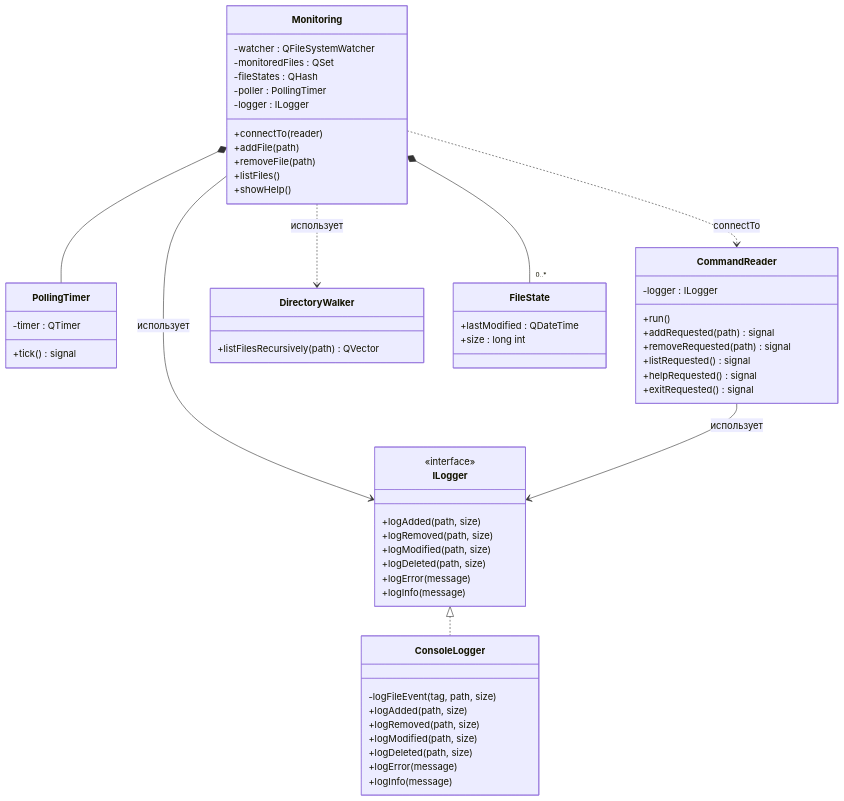
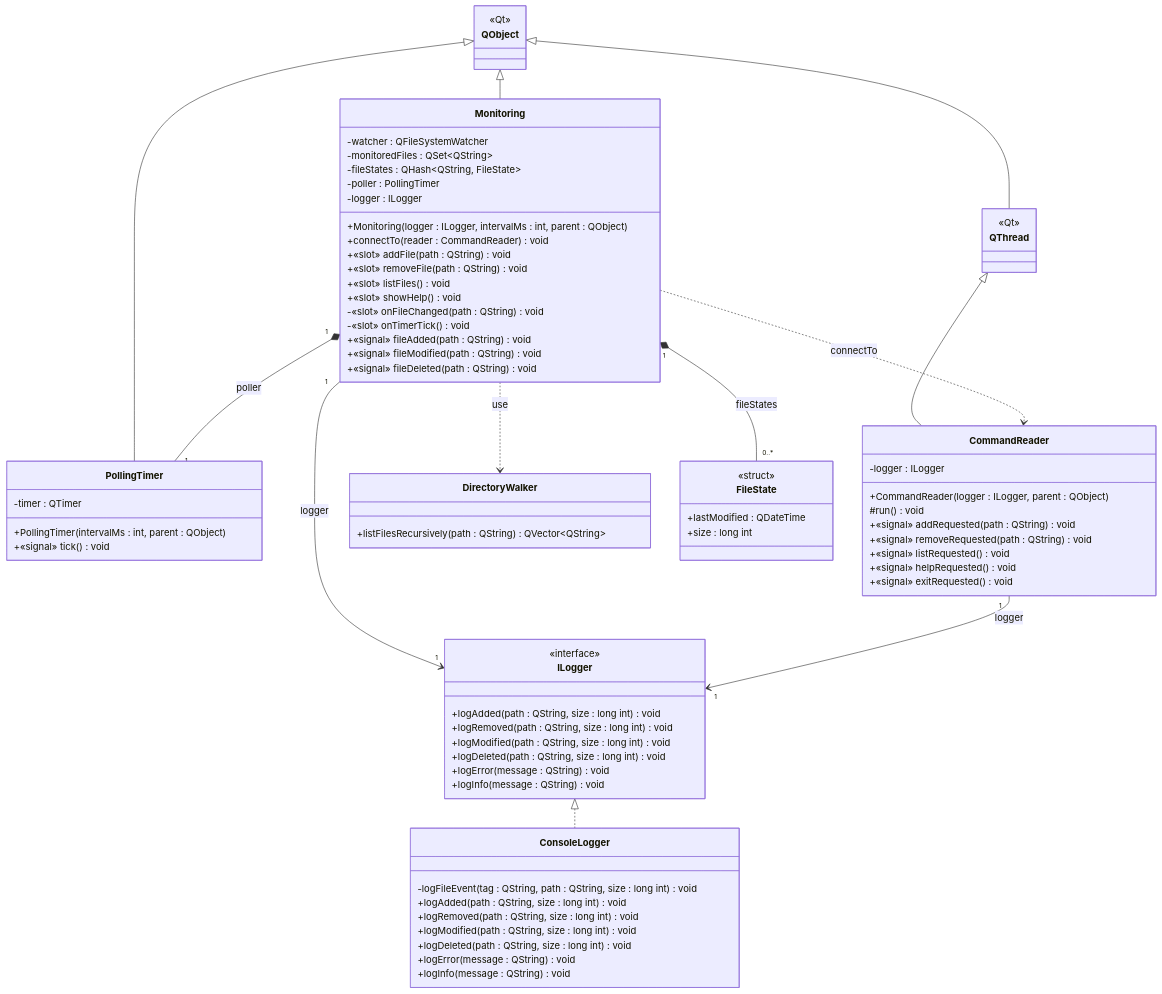
Before and after one commit to ytochkaa/file_monitoring: the diagram in README.md, drawn with Mermaid. The commit also changed other lines of this file, not shown here.

Commit message:
диаграмма классов приведена к нотации UML
Видимость, полные сигнатуры с типами и возвращаемыми значениями,
стереотипы interface/signal/slot, обобщение/реализация/композиция/
ассоциация с кратностями.

````diff
--- a/README.md
+++ b/README.md
@@ -57,61 +57,87 @@
 ```mermaid
 classDiagram
+    class QObject {
+        <<Qt>>
+    }
+    class QThread {
+        <<Qt>>
+    }
+
     class ILogger {
         <<interface>>
-        +logAdded(path, size)
-        +logRemoved(path, size)
-        +logModified(path, size)
-        +logDeleted(path, size)
-        +logError(message)
-        +logInfo(message)
+        +logAdded(path : QString, size : long int) void
+        +logRemoved(path : QString, size : long int) void
+        +logModified(path : QString, size : long int) void
+        +logDeleted(path : QString, size : long int) void
+        +logError(message : QString) void
+        +logInfo(message : QString) void
     }
+
     class ConsoleLogger {
-        -logFileEvent(tag, path, size)
-        +logAdded(path, size)
-        +logRemoved(path, size)
-        +logModified(path, size)
-        +logDeleted(path, size)
-        +logError(message)
-        +logInfo(message)
+        -logFileEvent(tag : QString, path : QString, size : long int) void
+        +logAdded(path : QString, size : long int) void
+        +logRemoved(path : QString, size : long int) void
+        +logModified(path : QString, size : long int) void
+        +logDeleted(path : QString, size : long int) void
+        +logError(message : QString) void
+        +logInfo(message : QString) void
     }
+
     class Monitoring {
         -watcher : QFileSystemWatcher
-        -monitoredFiles : QSet
-        -fileStates : QHash
+        -monitoredFiles : QSet~QString~
+        -fileStates : QHash~QString, FileState~
         -poller : PollingTimer
         -logger : ILogger
-        +connectTo(reader)
-        +addFile(path)
-        +removeFile(path)
-        +listFiles()
-        +showHelp()
+        +Monitoring(logger : ILogger, intervalMs : int, parent : QObject)
+        +connectTo(reader : CommandReader) void
+        +«slot» addFile(path : QString) void
+        +«slot» removeFile(path : QString) void
+        +«slot» listFiles() void
+        +«slot» showHelp() void
+        -«slot» onFileChanged(path : QString) void
+        -«slot» onTimerTick() void
+        +«signal» fileAdded(path : QString) void
+        +«signal» fileModified(path : QString) void
+        +«signal» fileDeleted(path : QString) void
     }
+
     class PollingTimer {
         -timer : QTimer
-        +tick() signal
+        +PollingTimer(intervalMs : int, parent : QObject)
+        +«signal» tick() void
     }
+
     class CommandReader {
         -logger : ILogger
-        +run()
-        +addRequested(path) signal
-        +removeRequested(path) signal
-        +listRequested() signal
-        +helpRequested() signal
-        +exitRequested() signal
+        +CommandReader(logger : ILogger, parent : QObject)
+        #run() void
+        +«signal» addRequested(path : QString) void
+        +«signal» removeRequested(path : QString) void
+        +«signal» listRequested() void
+        +«signal» helpRequested() void
+        +«signal» exitRequested() void
     }
+
     class DirectoryWalker {
-        +listFilesRecursively(path) QVector
+        +listFilesRecursively(path : QString) QVector~QString~
     }
+
     class FileState {
+        <<struct>>
         +lastModified : QDateTime
         +size : long int
     }
 
+    QObject <|-- QThread
+    QObject <|-- Monitoring
+    QObject <|-- PollingTimer
+    QThread <|-- CommandReader
     ILogger <|.. ConsoleLogger
-    Monitoring *-- PollingTimer
-    Monitoring *-- "0..*" FileState
-    Monitoring --> ILogger : использует
-    CommandReader --> ILogger : использует
-    Monitoring ..> DirectoryWalker : использует
+    Monitoring "1" *-- "1" PollingTimer : poller
+    Monitoring "1" *-- "0..*" FileState : fileStates
+    Monitoring "1" --> "1" ILogger : logger
+    CommandReader "1" --> "1" ILogger : logger
+    Monitoring ..> DirectoryWalker : use
     Monitoring ..> CommandReader : connectTo
 ```
````
